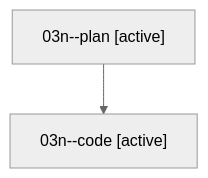
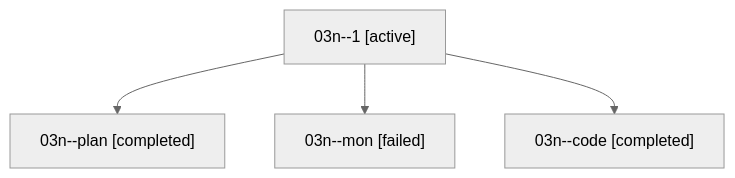
The diagram in families/bbugyi200.athena.03n.md (sase-org/sase--agents), drawn with Mermaid (neutral theme) before and after one commit. The commit also changed other lines of this file and 91 other files, not shown here.

````diff
--- a/families/bbugyi200.athena.03n.md
+++ b/families/bbugyi200.athena.03n.md
@@ -9,6 +9,10 @@
 ```mermaid
 flowchart TD
-  n0["03n--plan [active]"]
-  n1["03n--code [active]"]
+  n0["03n--1 [active]"]
+  n1["03n--plan [completed]"]
   n0 --> n1
+  n2["03n--mon [failed]"]
+  n0 --> n2
+  n3["03n--code [completed]"]
+  n0 --> n3
 ```
````
